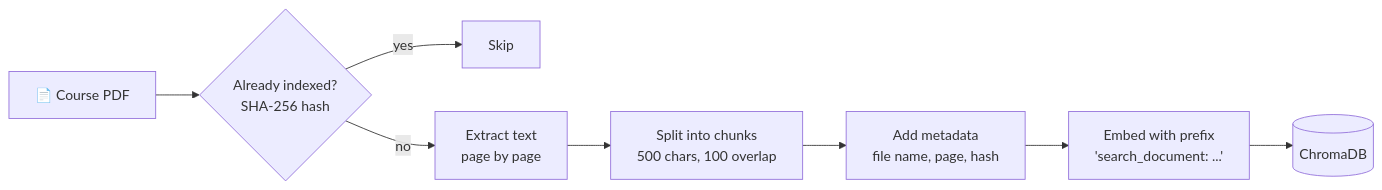
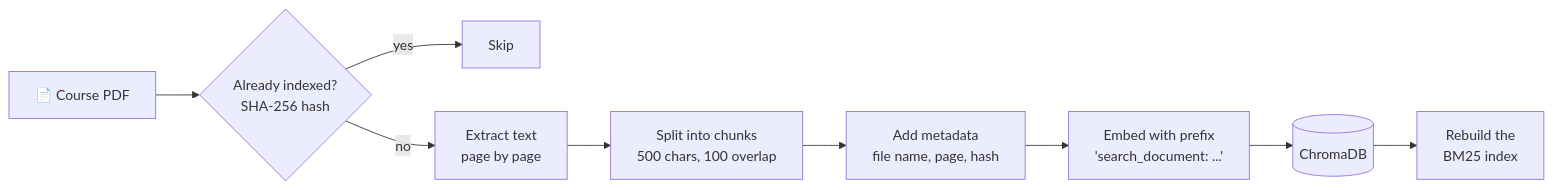
One commit to zeineb-daly/RAG changed the second of 4 diagrams in README.md. Above: the diagram before and after it, drawn with Mermaid. The commit also changed other lines of this file, not shown here.

````diff
--- a/README.md
+++ b/README.md
@@ -117,10 +120,11 @@
 ```mermaid
 flowchart LR
     A[📄 Course PDF] --> B{Already indexed?<br/>SHA-256 hash}
     B -- yes --> X[Skip]
     B -- no --> C[Extract text<br/>page by page]
     C --> D[Split into chunks<br/>500 chars, 100 overlap]
     D --> E[Add metadata<br/>file name, page, hash]
     E --> F["Embed with prefix<br/>'search_document: ...'"]
     F --> G[(ChromaDB)]
+    G --> H[Rebuild the<br/>BM25 index]
 ```
````
